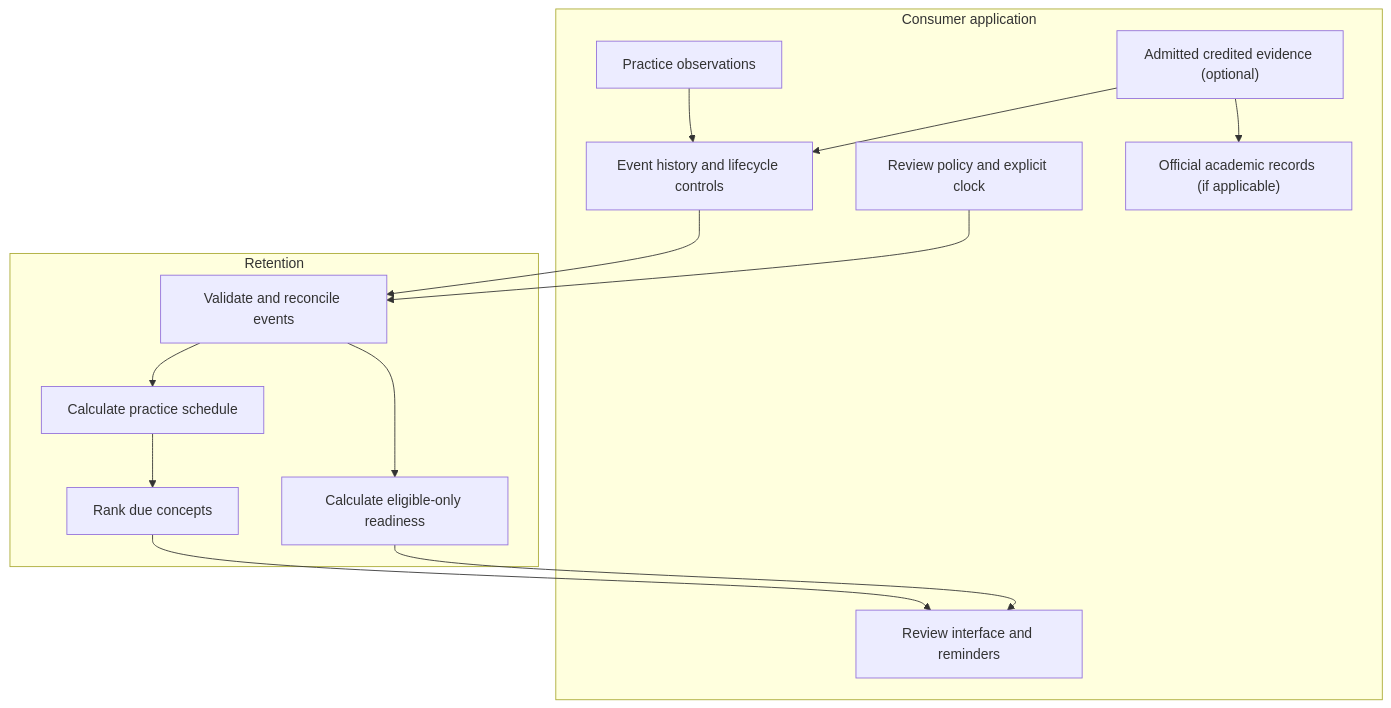
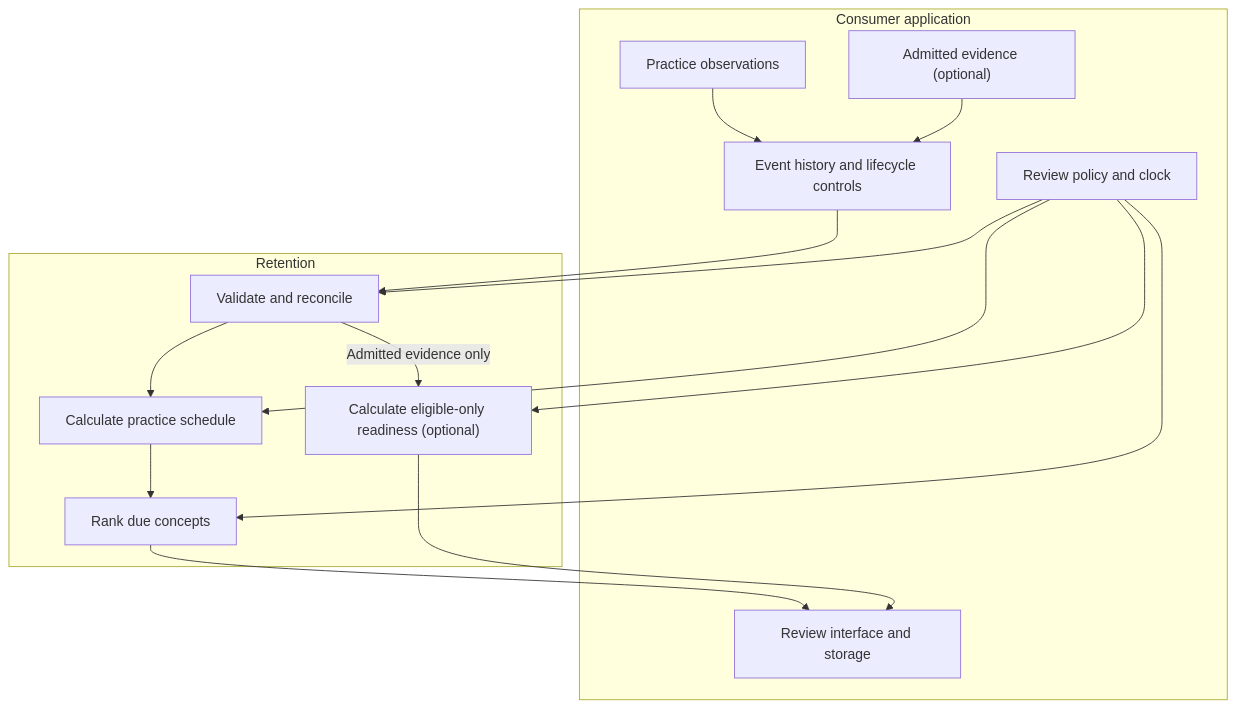
Before and after one commit to 0xbuffdev/retention: the first of 3 diagrams in README.md, drawn with Mermaid. The commit also changed other lines of this file, not shown here.

Commit message:
Rewrite README around Retention's purpose and usage

````diff
--- a/README.md
+++ b/README.md
@@ -44,30 +43,30 @@
 ```mermaid
 flowchart TD
     subgraph Host["Consumer application"]
-        A["Practice observations"]
-        B["Admitted credited evidence (optional)"]
-        C["Event history and lifecycle controls"]
-        D["Review policy and explicit clock"]
-        L["Official academic records (if applicable)"]
-        V["Review interface and reminders"]
+        P["Practice observations"]
+        E["Admitted evidence (optional)"]
+        H["Event history and lifecycle controls"]
+        T["Review policy and clock"]
+        V["Review interface and storage"]
+        P --> H
+        E --> H
     end
 
-    A --> C
-    B --> C
-    B --> L
-    C --> R
-    D --> R
-
-    subgraph Engine["Retention"]
-        R["Validate and reconcile events"]
+    subgraph Core["Retention"]
+        R["Validate and reconcile"]
         S["Calculate practice schedule"]
-        E["Calculate eligible-only readiness"]
+        C["Calculate eligible-only readiness (optional)"]
         Q["Rank due concepts"]
         R --> S
-        R --> E
+        R -->|Admitted evidence only| C
         S --> Q
     end
 
+    H --> R
+    T --> R
+    T --> S
+    T --> C
+    T --> Q
     Q --> V
-    E --> V
+    C --> V
 ```
````
